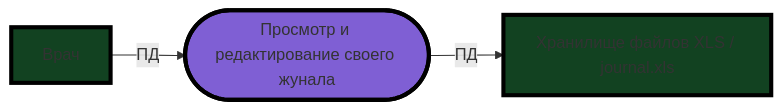
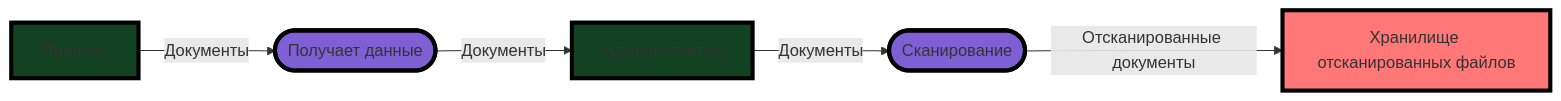
Before and after one commit to belyaev-a-g/architecture-medikamente: the sixth of 9 diagrams in Task_1/Readme.md, drawn with Mermaid. The commit also changed other lines of this file, not shown here.

````diff
--- a/Task_1/Readme.md
+++ b/Task_1/Readme.md
@@ -100,10 +103,12 @@
 ```mermaid
 flowchart LR
     classDef action fill:#7F5FD4, stroke:#000, stroke-width:4px
     classDef entity fill:#124221, stroke:#000, stroke-width:4px
-    
-    xls_share[Хранилище файлов XLS / journal.xls]:::entity
-    edit([Просмотр и редактирование своего жунала]):::action
-    doctor[Врач]:::entity    
-    doctor--"ПД"--> edit--"ПД"--> xls_share
+    classDef share fill:#FF7777 , stroke:#000, stroke-width:4px
+    pacient[Пациент]:::entity
+    admin[Администратор]:::entity    
+    scan([Сканирование]):::action
+    get([Получает данные]):::action
+    file_share[Хранилище отсканированных файлов]:::share
+    pacient--"Документы"--> get--"Документы"--> admin --"Документы"--> scan--"Отсканированные документы"-->file_share
 ```
````
